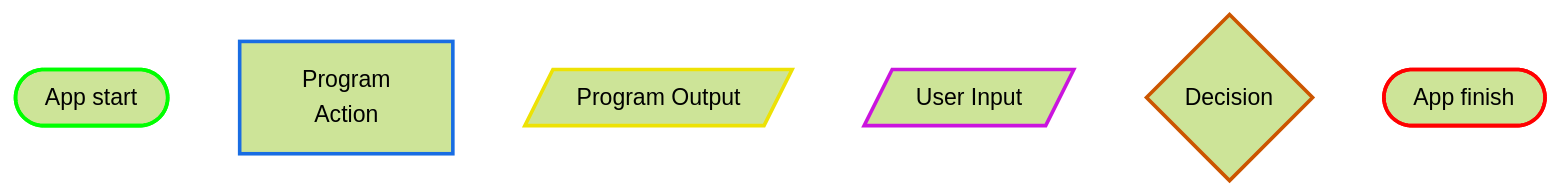
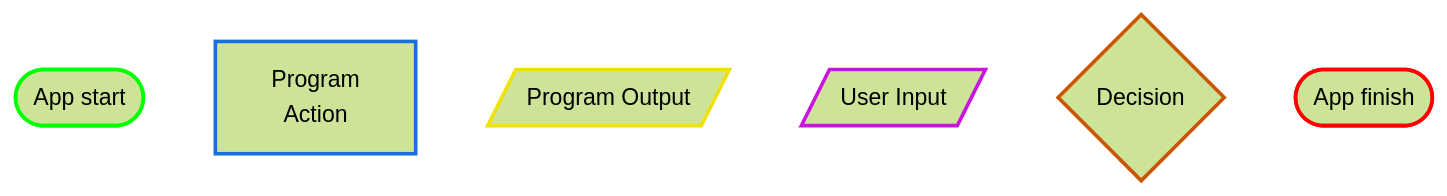
Before and after one commit to trbaxter/monte-carlo-pi-simulation: the second of 2 diagrams in README.md, drawn with Mermaid (forest theme). The commit also changed other lines of this file and 2 other files, not shown here.

Commit message:
Adjusted design diagram to top-down for better view + added program gif

````diff
--- a/README.md
+++ b/README.md
@@ -95,22 +95,22 @@
 ```mermaid
 
 flowchart LR
 
 %% Diagram Legend Shapes %%    
-    L1(["&nbsp App start &nbsp"]):::start
-    L2["&nbsp&nbsp Program &nbsp&nbsp \n Action "]:::action
-    L3[/"&nbsp Program Output &nbsp"/]:::output
-    L4[/"&nbsp User Input &nbsp"/]:::input
+    L1([" App start  "]):::start
+    L2["&nbsp Program &nbsp \n Action "]:::action
+    L3[/" Program Output "/]:::output
+    L4[/" User Input "/]:::input
     L5{"Decision"}:::decision
-    L6(["&nbsp App finish &nbsp"]):::finish
+    L6([" App finish "]):::finish
 %% Links %%        
     L1 ~~~ L2 ~~~ L3 ~~~ L4 ~~~ L5 ~~~ L6
 %% Class Colors %%
     classDef start stroke: #0f0, stroke-width: 2.5px;
     classDef finish stroke: #f00, stroke-width: 2.5px;
     classDef decision stroke: #cc5500, stroke-width: 2.5px;
     classDef action stroke: #196de3, stroke-width: 2.5px;
     classDef input stroke: #ca14de, stroke-width: 2.5px;
     classDef output stroke: #ede205 , stroke-width: 2.5px;
     classDef empty width: 0px, height: 0px;
 ```
````
